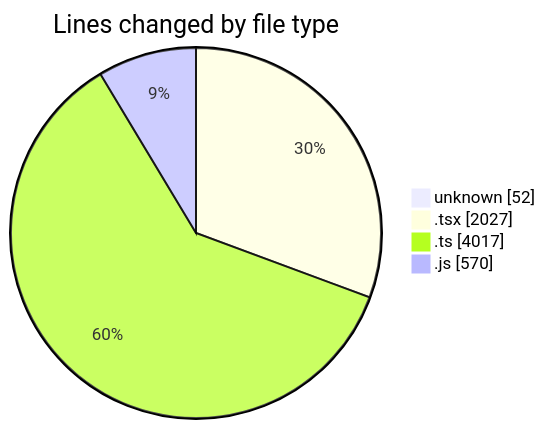
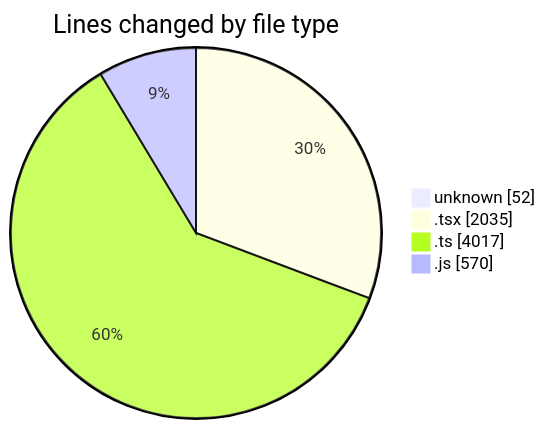
The first of 2 diagrams in 2025-06-02/ecodeli-1/README.md (CELIANVF/code-tracking), drawn with Mermaid before and after one commit. The commit also changed other lines of this file and 1 other file, not shown here.

````diff
--- a/2025-06-02/ecodeli-1/README.md
+++ b/2025-06-02/ecodeli-1/README.md
@@ -59,8 +59,8 @@
 ```mermaid
 pie showData
 title Lines changed by file type
 "unknown" : 52
-".tsx" : 2027
+".tsx" : 2035
 ".ts" : 4017
 ".js" : 570
 ```
````
